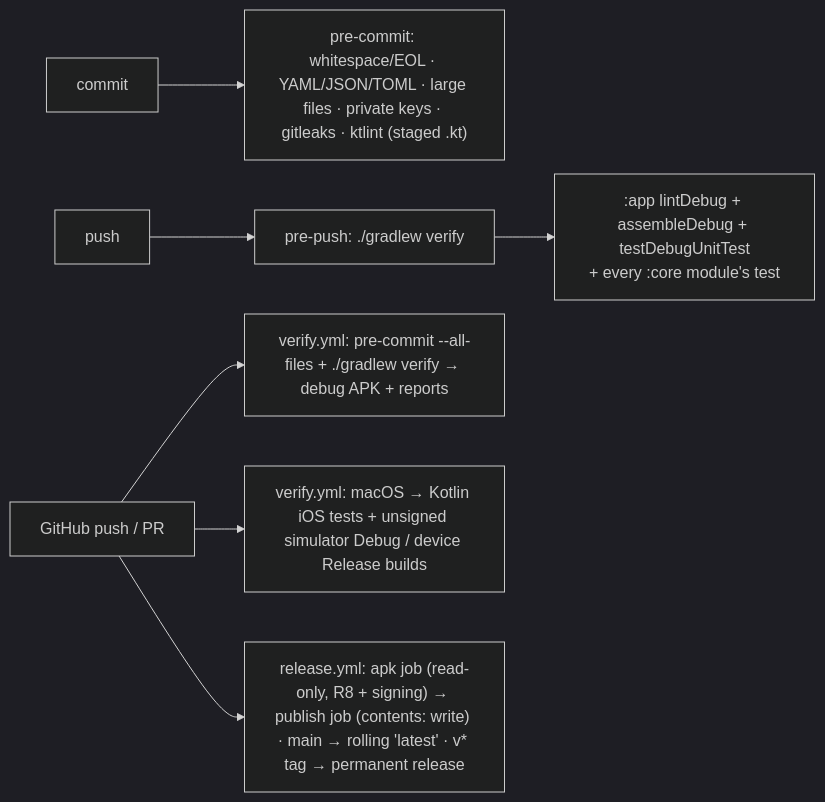
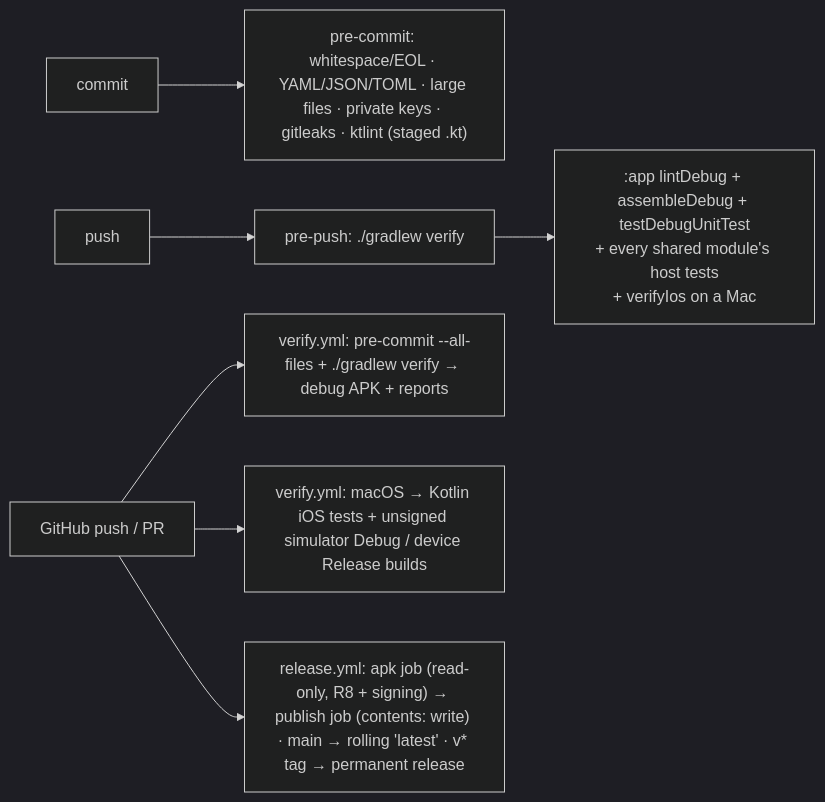
The diagram in docs/build-and-release.md (walkthru-earth/opensensor-space-mobile), drawn with Mermaid (dark theme) before and after one commit. The commit also changed other lines of this file and 7 other files, not shown here.

````diff
--- a/docs/build-and-release.md
+++ b/docs/build-and-release.md
@@ -9,9 +9,9 @@
 ```mermaid
 flowchart LR
   C[commit] --> H["pre-commit: whitespace/EOL · YAML/JSON/TOML · large files · private keys · gitleaks · ktlint (staged .kt)"]
   P[push] --> V["pre-push: ./gradlew verify"]
-  V --> T[":app lintDebug + assembleDebug + testDebugUnitTest<br/>+ every :core module's test"]
+  V --> T[":app lintDebug + assembleDebug + testDebugUnitTest<br/>+ every shared module's host tests<br/>+ verifyIos on a Mac"]
   GH[GitHub push / PR] --> W["verify.yml: pre-commit --all-files + ./gradlew verify → debug APK + reports"]
   GH --> I["verify.yml: macOS → Kotlin iOS tests + unsigned simulator Debug / device Release builds"]
   GH --> R["release.yml: apk job (read-only, R8 + signing) → publish job (contents: write) · main → rolling 'latest' · v* tag → permanent release"]
 ```
````
